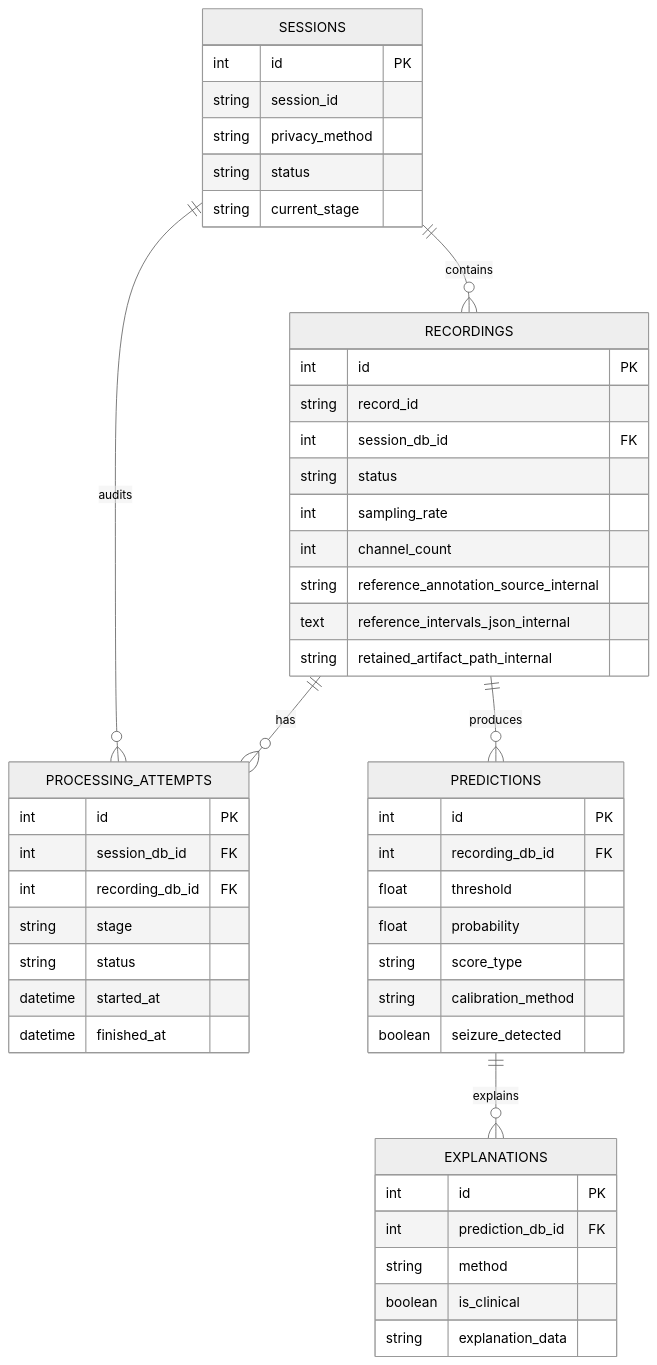
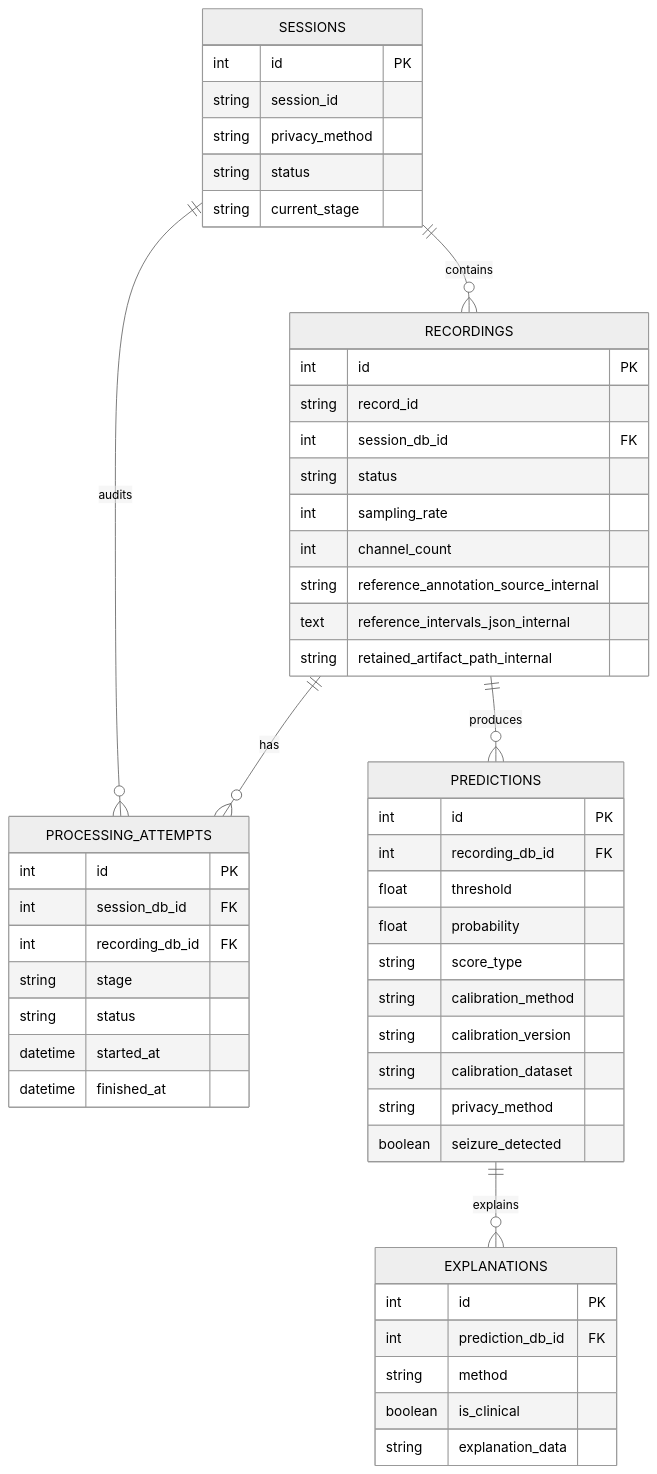
Before and after one commit to 4ffaad/FYP-MDS01: the fifth of 5 diagrams in docs/backend.md, drawn with Mermaid (neutral theme). The commit also changed other lines of this file and 57 other files, not shown here.

````diff
--- a/docs/backend.md
+++ b/docs/backend.md
@@ -247,52 +300,55 @@
 ```mermaid
 erDiagram
     SESSIONS ||--o{ RECORDINGS : contains
     SESSIONS ||--o{ PROCESSING_ATTEMPTS : audits
     RECORDINGS ||--o{ PROCESSING_ATTEMPTS : has
     RECORDINGS ||--o{ PREDICTIONS : produces
     PREDICTIONS ||--o{ EXPLANATIONS : explains
 
     SESSIONS {
         int id PK
         string session_id
         string privacy_method
         string status
         string current_stage
     }
     RECORDINGS {
         int id PK
         string record_id
         int session_db_id FK
         string status
         int sampling_rate
         int channel_count
         string reference_annotation_source_internal
         text reference_intervals_json_internal
         string retained_artifact_path_internal
     }
     PROCESSING_ATTEMPTS {
         int id PK
         int session_db_id FK
         int recording_db_id FK
         string stage
         string status
         datetime started_at
         datetime finished_at
     }
     PREDICTIONS {
         int id PK
         int recording_db_id FK
         float threshold
         float probability
         string score_type
         string calibration_method
+        string calibration_version
+        string calibration_dataset
+        string privacy_method
         boolean seizure_detected
     }
     EXPLANATIONS {
         int id PK
         int prediction_db_id FK
         string method
         boolean is_clinical
         string explanation_data
     }
 ```
````
